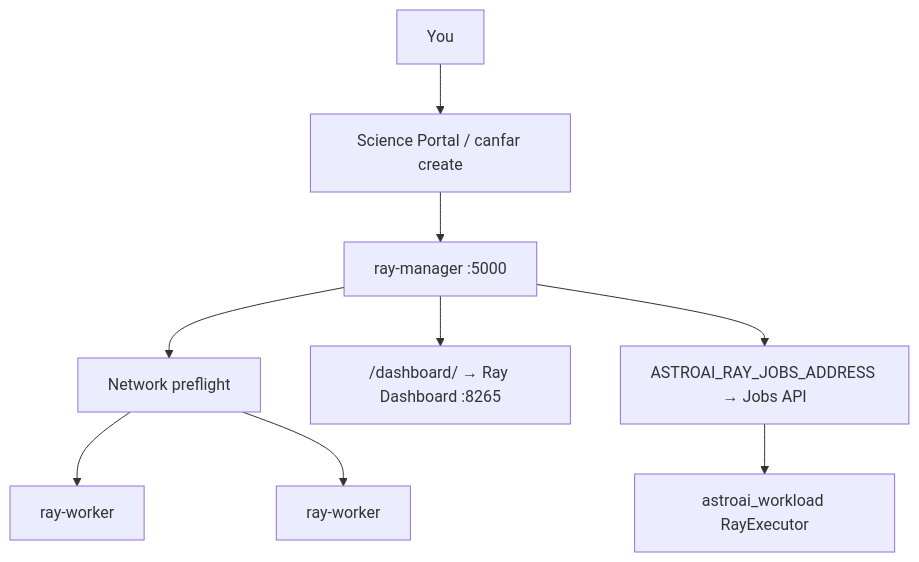
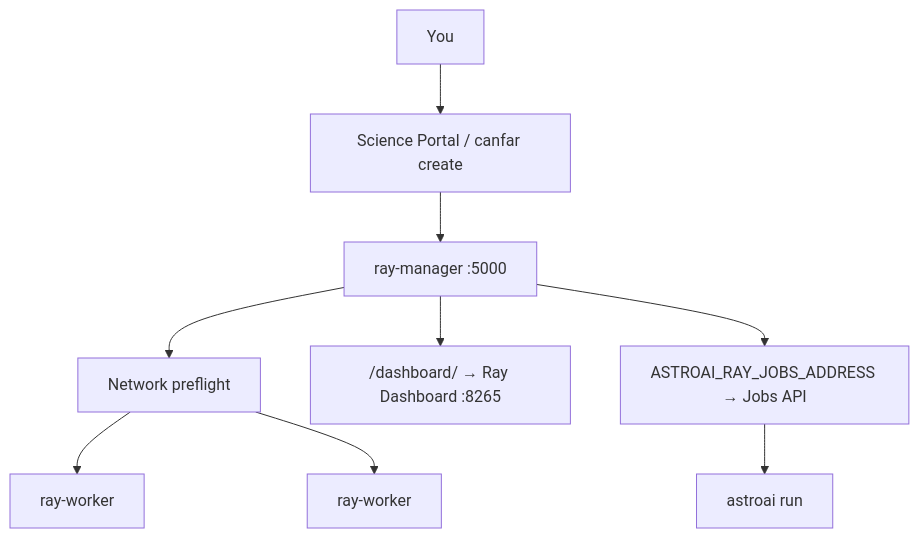
One commit to astroai/astroai-containers changed the first of 2 diagrams in docs/RAY.md. Above: the diagram before and after it, drawn with Mermaid. The commit also changed other lines of this file and 7 other files, not shown here.

````diff
--- a/docs/RAY.md
+++ b/docs/RAY.md
@@ -8,11 +8,11 @@
 ```mermaid
 flowchart TB
   User[You] --> Portal["Science Portal / canfar create"]
   Portal --> Mgr["ray-manager :5000"]
   Mgr --> Pref[Network preflight]
   Pref --> W1[ray-worker]
   Pref --> W2[ray-worker]
   Mgr --> Dash["/dashboard/ → Ray Dashboard :8265"]
   Mgr --> Jobs["ASTROAI_RAY_JOBS_ADDRESS → Jobs API"]
-  Jobs --> WL["astroai_workload RayExecutor"]
+  Jobs --> Run["astroai run"]
 ```
````
